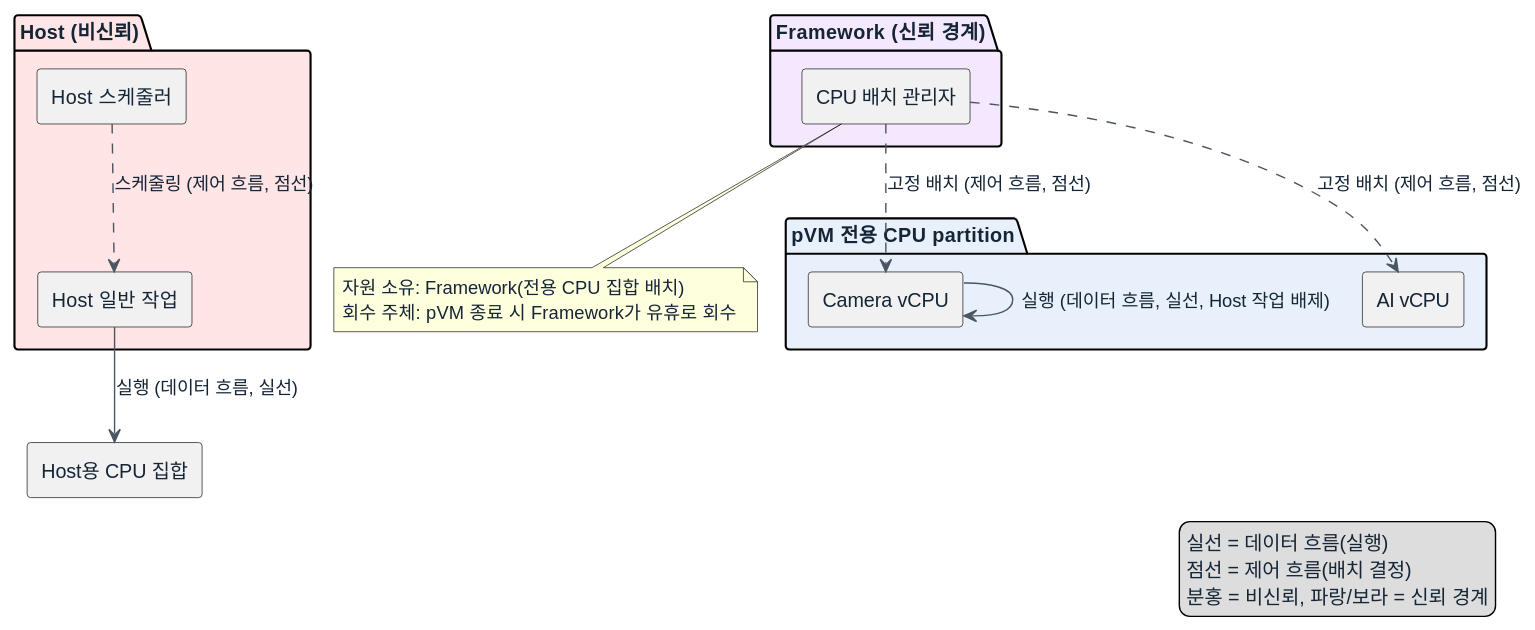
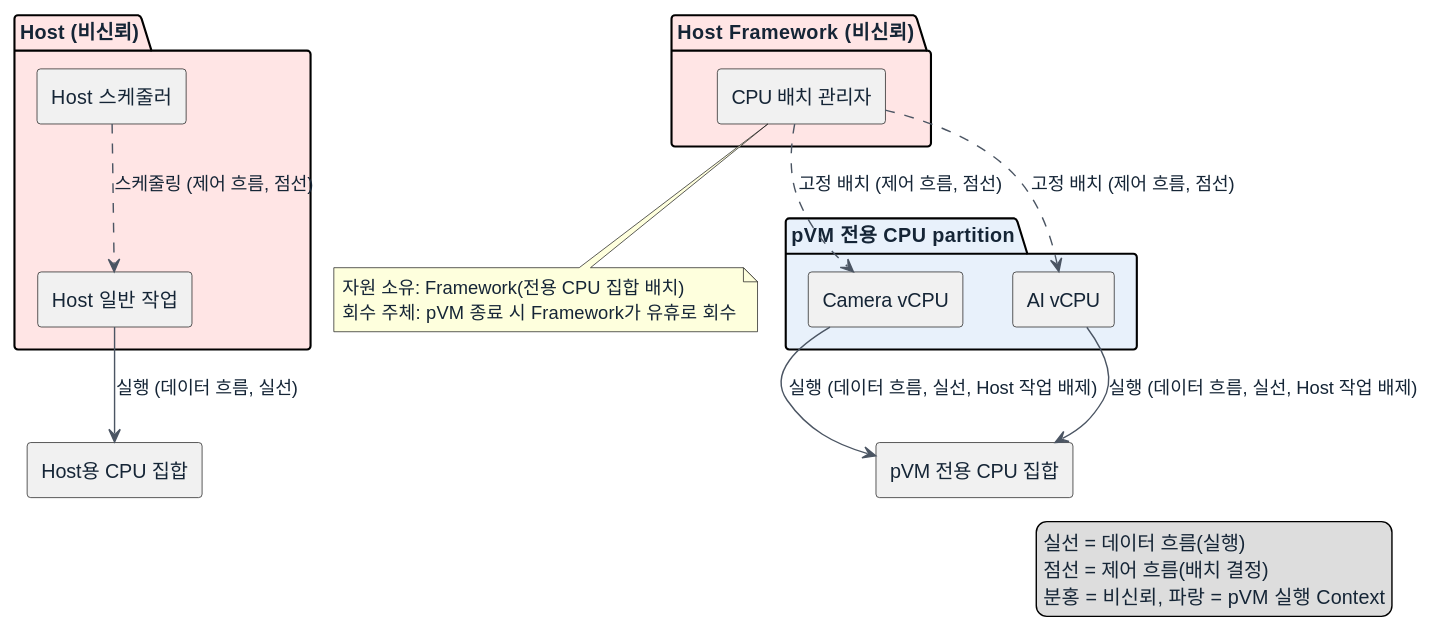
The first of 2 diagrams in docs-dp/DP-08.md (boram1288/test-p), drawn with PlantUML before and after one commit. The commit also changed other lines of this file and 13 other files, not shown here.

Commit message:
Document all architecture decision points

````diff
--- a/docs-dp/DP-08.md
+++ b/docs-dp/DP-08.md
@@ -49,41 +49,43 @@
 ```plantuml
 @startuml
 skinparam shadowing false
 skinparam componentStyle rectangle
 skinparam ArrowColor #4B5563
 skinparam defaultFontColor #152536
 
 package "Host (비신뢰)" #FFE5E5 {
   [Host 일반 작업] as HostTask
   [Host 스케줄러] as Sched
 }
 
-package "Framework (신뢰 경계)" #F3E8FD {
+package "Host Framework (비신뢰)" #FFE5E5 {
   [CPU 배치 관리자] as Placer
 }
 
 package "pVM 전용 CPU partition" #E8F1FB {
   [Camera vCPU] as CamCPU
   [AI vCPU] as AICPU
 }
 
 [Host용 CPU 집합] as HostCPU
+[pVM 전용 CPU 집합] as PvmCPU
 
 Placer ..> CamCPU : 고정 배치 (제어 흐름, 점선)
 Placer ..> AICPU : 고정 배치 (제어 흐름, 점선)
 Sched ..> HostTask : 스케줄링 (제어 흐름, 점선)
 HostTask -down-> HostCPU : 실행 (데이터 흐름, 실선)
-CamCPU -down-> CamCPU : 실행 (데이터 흐름, 실선, Host 작업 배제)
+CamCPU -down-> PvmCPU : 실행 (데이터 흐름, 실선, Host 작업 배제)
+AICPU -down-> PvmCPU : 실행 (데이터 흐름, 실선, Host 작업 배제)
 
 note bottom of Placer
   자원 소유: Framework(전용 CPU 집합 배치)
   회수 주체: pVM 종료 시 Framework가 유휴로 회수
 end note
 
 legend right
   실선 = 데이터 흐름(실행)
   점선 = 제어 흐름(배치 결정)
-  분홍 = 비신뢰, 파랑/보라 = 신뢰 경계
+  분홍 = 비신뢰, 파랑 = pVM 실행 Context
 endlegend
 @enduml
 ```
````
